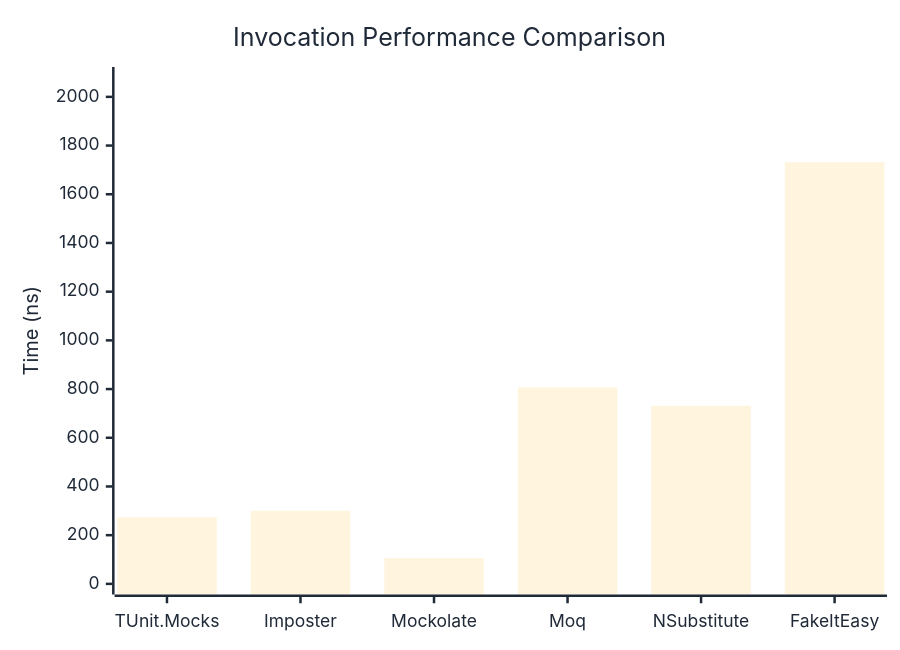
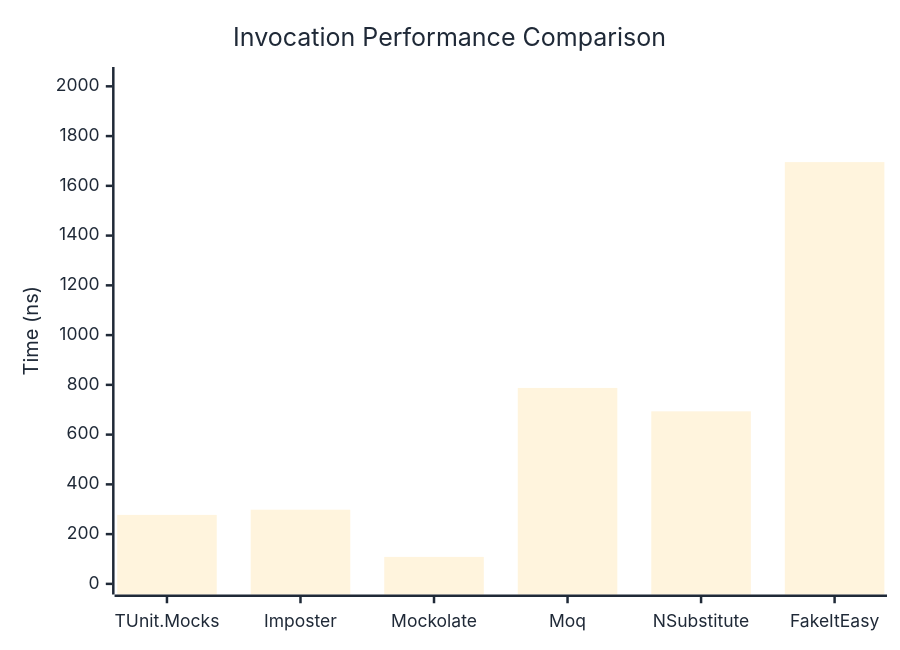
The first of 3 diagrams in docs/docs/benchmarks/mocks/Invocation.md (thomhurst/TUnit), drawn with Mermaid before and after one commit. The commit also changed other lines of this file and 14 other files, not shown here.

````diff
--- a/docs/docs/benchmarks/mocks/Invocation.md
+++ b/docs/docs/benchmarks/mocks/Invocation.md
@@ -30,27 +30,27 @@
 ```mermaid
 %%{init: {
   'theme':'base',
   'themeVariables': {
     'primaryColor': '#2563eb',
     'primaryTextColor': '#1f2937',
     'primaryBorderColor': '#1e40af',
     'lineColor': '#6b7280',
     'secondaryColor': '#7c3aed',
     'tertiaryColor': '#dc2626',
     'background': '#ffffff',
     'pie1': '#2563eb',
     'pie2': '#7c3aed',
     'pie3': '#dc2626',
     'pie4': '#f59e0b',
     'pie5': '#10b981',
     'pie6': '#06b6d4',
     'pie7': '#ec4899',
     'pie8': '#6366f1'
   }
 }}%%
 xychart-beta
   title "Invocation Performance Comparison"
   x-axis ["TUnit.Mocks", "Imposter", "Mockolate", "Moq", "NSubstitute", "FakeItEasy"]
-  y-axis "Time (ns)" 0 --> 2079
-  bar [273.62, 299.97, 105.81, 806.71, 731.47, 1732.03]
+  y-axis "Time (ns)" 0 --> 2035
+  bar [277.3, 298.1, 108.4, 787.6, 693.6, 1695.4]
 ```
````
